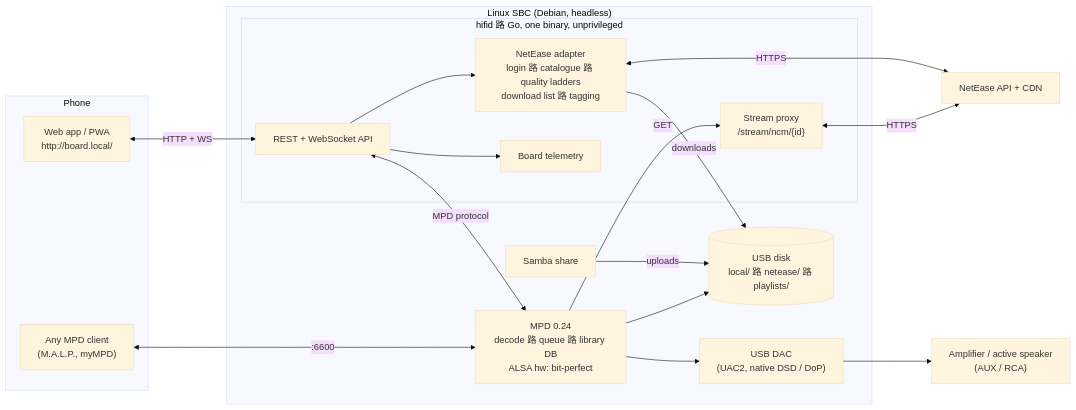
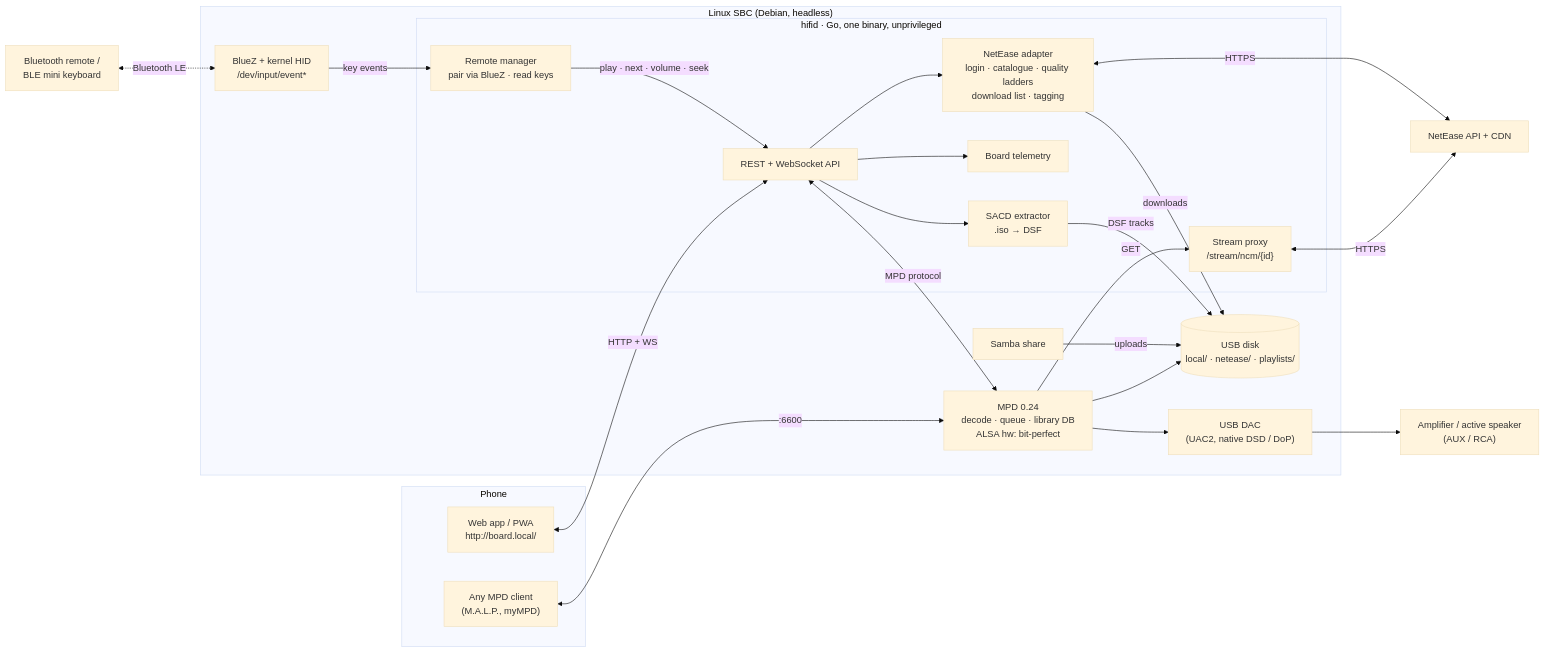
The diagram in README.md (Zulolo/HiFi-NetEase-Server), drawn with Mermaid (base theme) before and after one commit. The commit also changed 1 other file, not shown here.

Commit message:
Diagrams: Bluetooth remote path and SACD extractor in README and as-built architecture

````diff
--- a/README.md
+++ b/README.md
@@ -57,33 +57,41 @@
 ```mermaid
 flowchart LR
     subgraph Phone
         PWA["Web app / PWA<br/>http://board.local/"]
         MPDC["Any MPD client<br/>(M.A.L.P., myMPD)"]
     end
+    BLE["Bluetooth remote /<br/>BLE mini keyboard"]
     subgraph Board["Linux SBC (Debian, headless)"]
-        subgraph hifid["hifid 路 Go, one binary, unprivileged"]
+        subgraph hifid["hifid · Go, one binary, unprivileged"]
             API["REST + WebSocket API"]
-            NCM["NetEase adapter<br/>login 路 catalogue 路 quality ladders<br/>download list 路 tagging"]
+            NCM["NetEase adapter<br/>login · catalogue · quality ladders<br/>download list · tagging"]
             PROXY["Stream proxy<br/>/stream/ncm/{id}"]
+            RC["Remote manager<br/>pair via BlueZ · read keys"]
+            SACD["SACD extractor<br/>.iso → DSF"]
             SYS["Board telemetry"]
         end
-        MPD["MPD 0.24<br/>decode 路 queue 路 library DB<br/>ALSA hw: bit-perfect"]
+        BLUEZ["BlueZ + kernel HID<br/>/dev/input/event*"]
+        MPD["MPD 0.24<br/>decode · queue · library DB<br/>ALSA hw: bit-perfect"]
         SMB["Samba share"]
-        DISK[("USB disk<br/>local/ 路 netease/ 路 playlists/")]
+        DISK[("USB disk<br/>local/ · netease/ · playlists/")]
         DAC["USB DAC<br/>(UAC2, native DSD / DoP)"]
     end
     NET["NetEase API + CDN"]
     SPK["Amplifier / active speaker<br/>(AUX / RCA)"]
 
     PWA <-->|HTTP + WS| API
     MPDC <-->|:6600| MPD
-    API --> NCM & SYS
+    BLE <-.->|Bluetooth LE| BLUEZ
+    BLUEZ -->|key events| RC
+    RC -->|play · next · volume · seek| API
+    API --> NCM & SYS & SACD
     API <-->|MPD protocol| MPD
     MPD -->|GET| PROXY
     PROXY <-->|HTTPS| NET
     NCM <-->|HTTPS| NET
     NCM -->|downloads| DISK
+    SACD -->|DSF tracks| DISK
     SMB -->|uploads| DISK
     MPD --> DISK
     MPD --> DAC --> SPK
 ```
````
